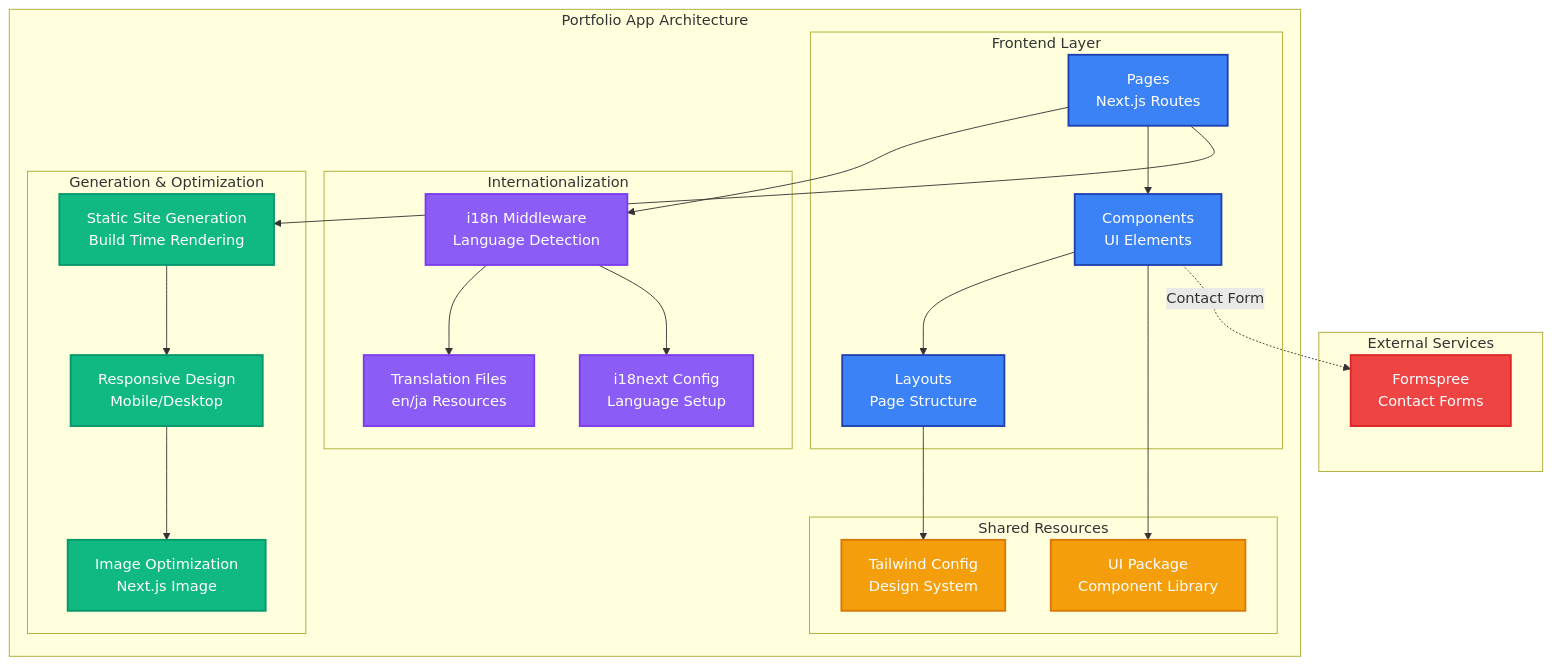
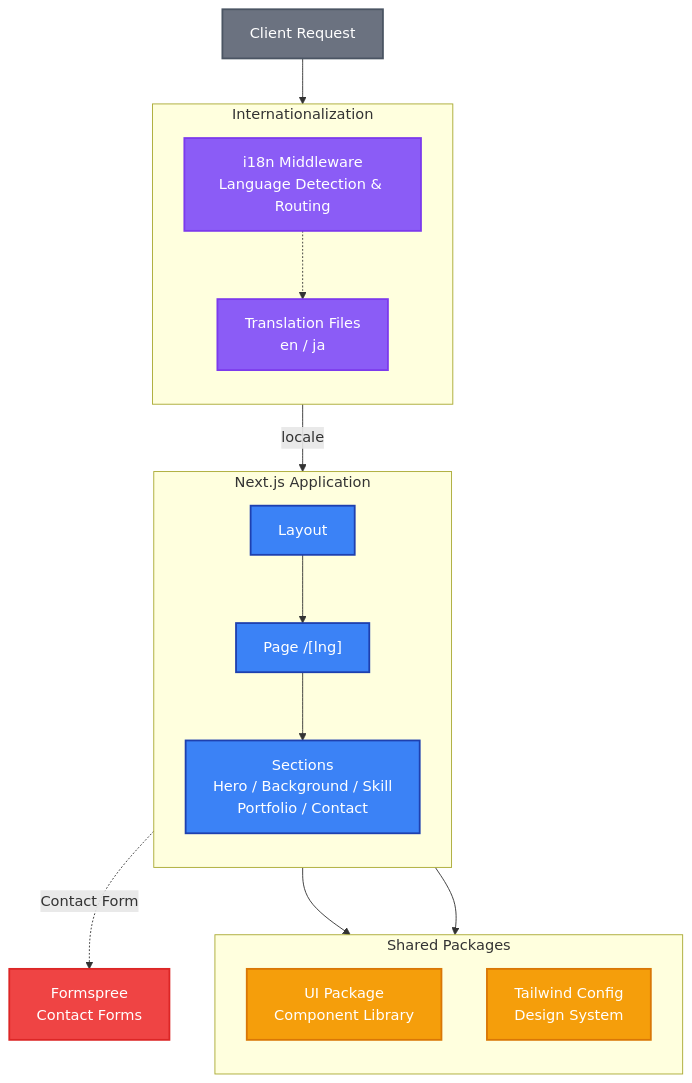
One commit to k2bg-technology/k2bg-branding changed the diagram in apps/portfolio/README.md. Above: the diagram before and after it, drawn with Mermaid. The commit also changed 2 other files, not shown here.

Commit message:
📝 Docs: Simplify Mermaid diagrams in README documentation
Reduces complexity and nesting in architecture diagrams across
monorepo root, blog, and portfolio READMEs for better readability.

Consolidates verbose subgraph structures into flatter layouts,
shortens node labels, and groups related items more logically.

Adds clickable links to module specification files in blog README
for easier navigation to detailed documentation.

````diff
--- a/apps/portfolio/README.md
+++ b/apps/portfolio/README.md
@@ -105,58 +105,42 @@
 ```mermaid
 flowchart TB
-    subgraph "External Services"
-        Formspree["Formspree<br/>Contact Forms"]
+    Request["Client Request"] --> Middleware
+
+    subgraph i18n["Internationalization"]
+        direction TB
+        Middleware["i18n Middleware<br/>Language Detection & Routing"]
+        Translations["Translation Files<br/>en / ja"]
+        Middleware -.-> Translations
     end
 
-    subgraph "Portfolio App Architecture"
-        subgraph "Frontend Layer"
-            Pages["Pages<br/>Next.js Routes"]
-            Components["Components<br/>UI Elements"]
-            Layouts["Layouts<br/>Page Structure"]
-        end
-
-        subgraph "Internationalization"
-            Middleware["i18n Middleware<br/>Language Detection"]
-            Translations["Translation Files<br/>en/ja Resources"]
-            I18NextConfig["i18next Config<br/>Language Setup"]
-        end
-
-        subgraph "Generation & Optimization"
-            SSG["Static Site Generation<br/>Build Time Rendering"]
-            ResponsiveDesign["Responsive Design<br/>Mobile/Desktop"]
-            ImageOptimization["Image Optimization<br/>Next.js Image"]
-        end
-
-        subgraph "Shared Resources"
-            UIPackage["UI Package<br/>Component Library"]
-            TailwindTheme["Tailwind Config<br/>Design System"]
-        end
+    subgraph app["Next.js Application"]
+        direction TB
+        Layout["Layout"] --> Page["Page /[lng]"]
+        Page --> Sections["Sections<br/>Hero / Background / Skill<br/>Portfolio / Contact"]
     end
 
-    Pages --> Middleware
-    Middleware --> Translations
-    Middleware --> I18NextConfig
+    subgraph shared["Shared Packages"]
+        direction TB
+        UIPackage["UI Package<br/>Component Library"]
+        TailwindConfig["Tailwind Config<br/>Design System"]
+    end
 
-    Pages --> Components
-    Components --> Layouts
-    Components --> UIPackage
-    Layouts --> TailwindTheme
+    Formspree["Formspree<br/>Contact Forms"]
 
-    Pages --> SSG
-    SSG --> ResponsiveDesign
-    ResponsiveDesign --> ImageOptimization
+    Middleware -->|locale| Layout
+    Sections --> UIPackage
+    Sections --> TailwindConfig
+    Sections -.->|Contact Form| Formspree
 
-    Components -.->|Contact Form| Formspree
-
-    classDef frontendStyle fill:#3B82F6,stroke:#1E40AF,stroke-width:2px,color:#fff
+    classDef requestStyle fill:#6B7280,stroke:#4B5563,stroke-width:2px,color:#fff
     classDef i18nStyle fill:#8B5CF6,stroke:#7C3AED,stroke-width:2px,color:#fff
-    classDef optimizationStyle fill:#10B981,stroke:#059669,stroke-width:2px,color:#fff
+    classDef appStyle fill:#3B82F6,stroke:#1E40AF,stroke-width:2px,color:#fff
     classDef sharedStyle fill:#F59E0B,stroke:#D97706,stroke-width:2px,color:#fff
     classDef externalStyle fill:#EF4444,stroke:#DC2626,stroke-width:2px,color:#fff
 
-    class Pages,Components,Layouts frontendStyle
-    class Middleware,Translations,I18NextConfig i18nStyle
-    class SSG,ResponsiveDesign,ImageOptimization optimizationStyle
-    class UIPackage,TailwindTheme sharedStyle
+    class Request requestStyle
+    class Middleware,Translations i18nStyle
+    class Layout,Page,Sections appStyle
+    class UIPackage,TailwindConfig sharedStyle
     class Formspree externalStyle
 ```
````
